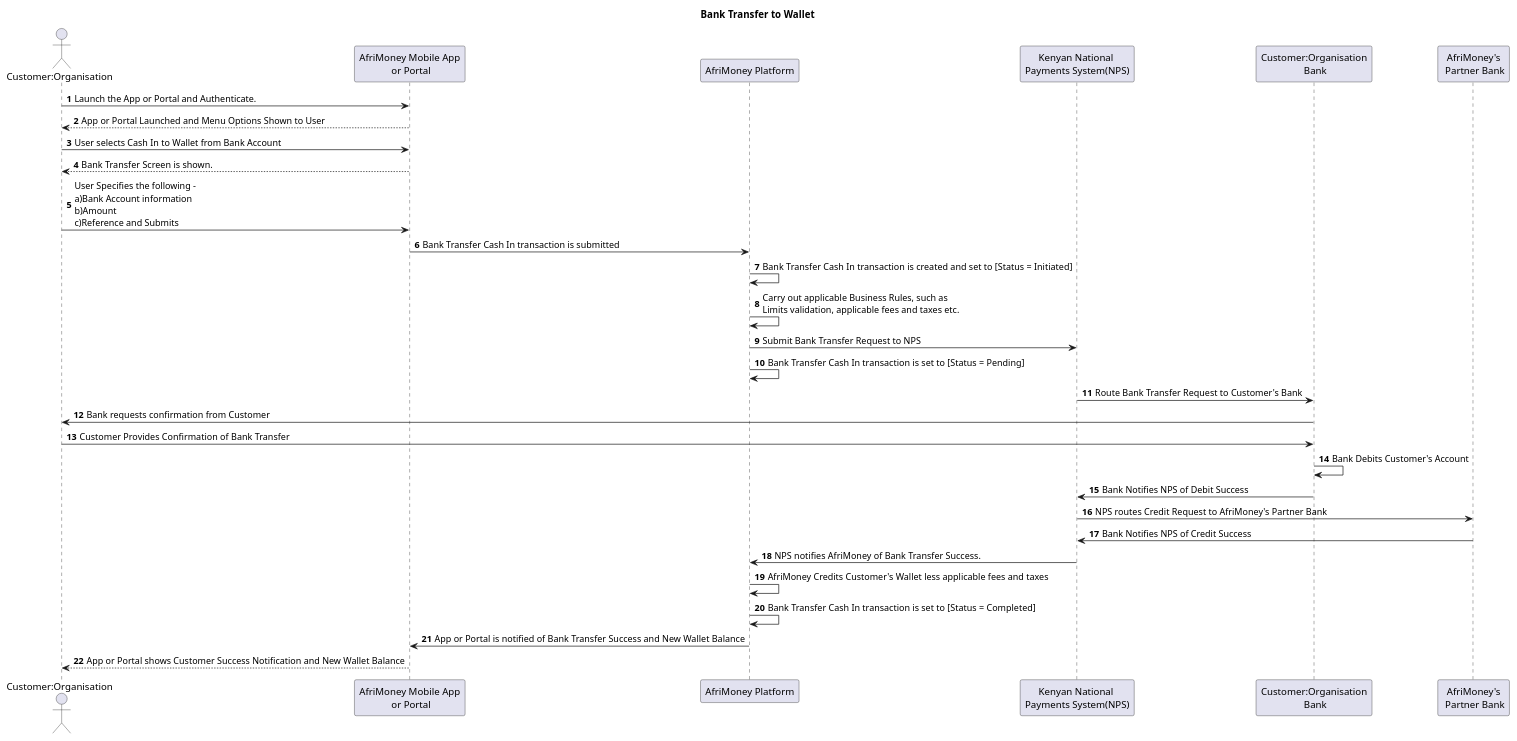
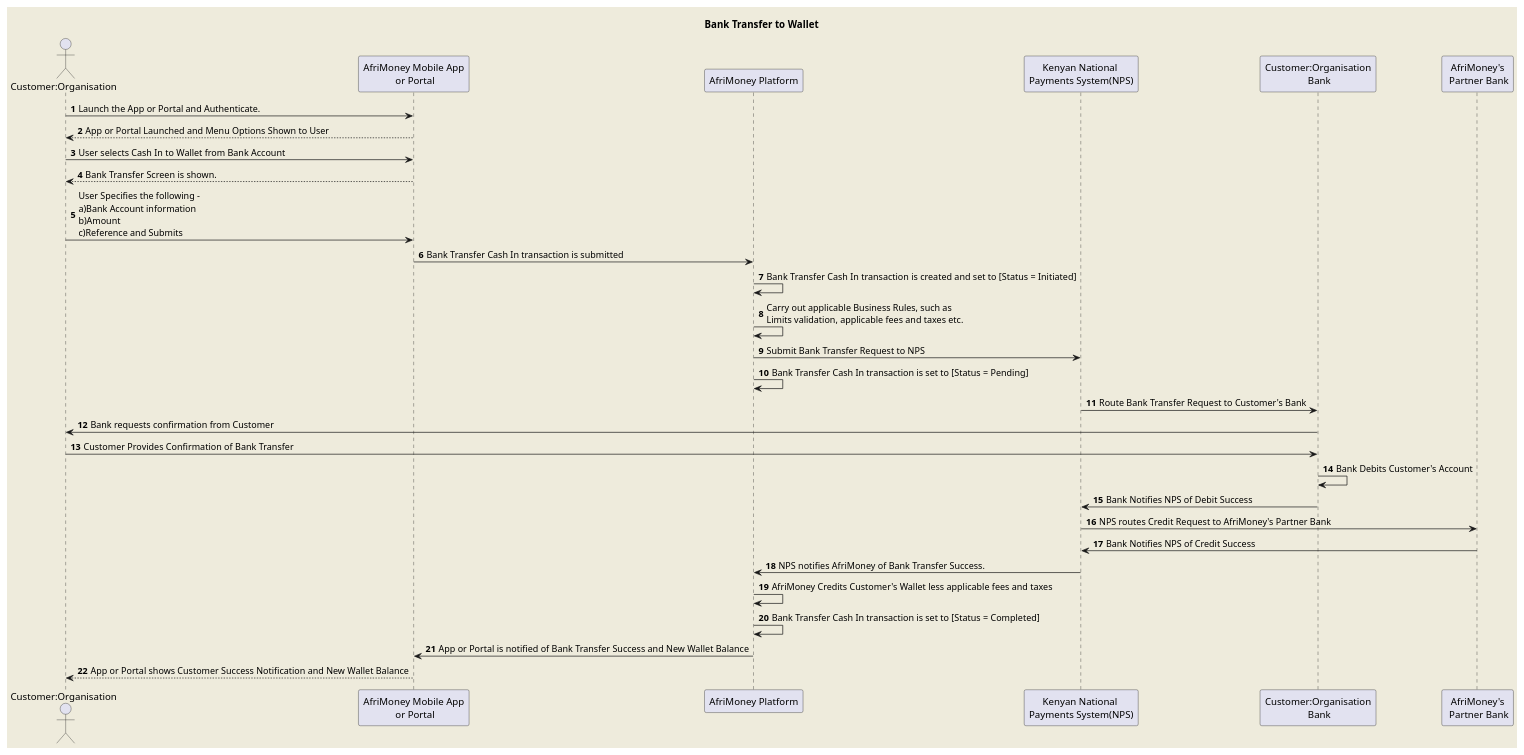
Before and after one commit to jerky1805/afrinet-mvp-backend: the diagram in Sequence Flows/Cash In/BankTransfer.plantuml, drawn with PlantUML. The commit also changed 2 other files, not shown here.

Commit message:
Updated Title for Collection Sequence Flow

```diff
--- a/Sequence Flows/Cash In/BankTransfer.plantuml
+++ b/Sequence Flows/Cash In/BankTransfer.plantuml
@@ -1,45 +1,47 @@
 @startuml Bank Transfer to Wallet 
+skinparam backgroundColor #EEEBDC
+
 title Bank Transfer to Wallet
 
 autonumber
 
 
 
 actor contact as "Customer:Organisation"
 participant app  as "AfriMoney Mobile App\n or Portal"
 participant afri  as "AfriMoney Platform"
 participant nps as "Kenyan National \nPayments System(NPS)"
 participant bank as "Customer:Organisation\n Bank"
 participant pbank as "AfriMoney's\n Partner Bank"
 
 
 
 
 
 
 contact -> app: Launch the App or Portal and Authenticate. 
 app --> contact: App or Portal Launched and Menu Options Shown to User
 contact -> app: User selects Cash In to Wallet from Bank Account
 app --> contact: Bank Transfer Screen is shown. 
 contact -> app: User Specifies the following - \na)Bank Account information\nb)Amount\nc)Reference and Submits
 app -> afri: Bank Transfer Cash In transaction is submitted
 afri -> afri: Bank Transfer Cash In transaction is created and set to [Status = Initiated]
 afri -> afri: Carry out applicable Business Rules, such as \nLimits validation, applicable fees and taxes etc.
 afri -> nps: Submit Bank Transfer Request to NPS
 afri -> afri: Bank Transfer Cash In transaction is set to [Status = Pending]
 nps -> bank: Route Bank Transfer Request to Customer's Bank 
 bank-> contact : Bank requests confirmation from Customer
 contact-> bank : Customer Provides Confirmation of Bank Transfer
 bank-> bank : Bank Debits Customer's Account
 bank-> nps : Bank Notifies NPS of Debit Success
 nps-> pbank : NPS routes Credit Request to AfriMoney's Partner Bank 
 pbank-> nps : Bank Notifies NPS of Credit Success
 nps -> afri : NPS notifies AfriMoney of Bank Transfer Success. 
 afri -> afri : AfriMoney Credits Customer's Wallet less applicable fees and taxes
 afri -> afri: Bank Transfer Cash In transaction is set to [Status = Completed]
 afri-> app: App or Portal is notified of Bank Transfer Success and New Wallet Balance
 app --> contact: App or Portal shows Customer Success Notification and New Wallet Balance
 
 
 
 @enduml
```
